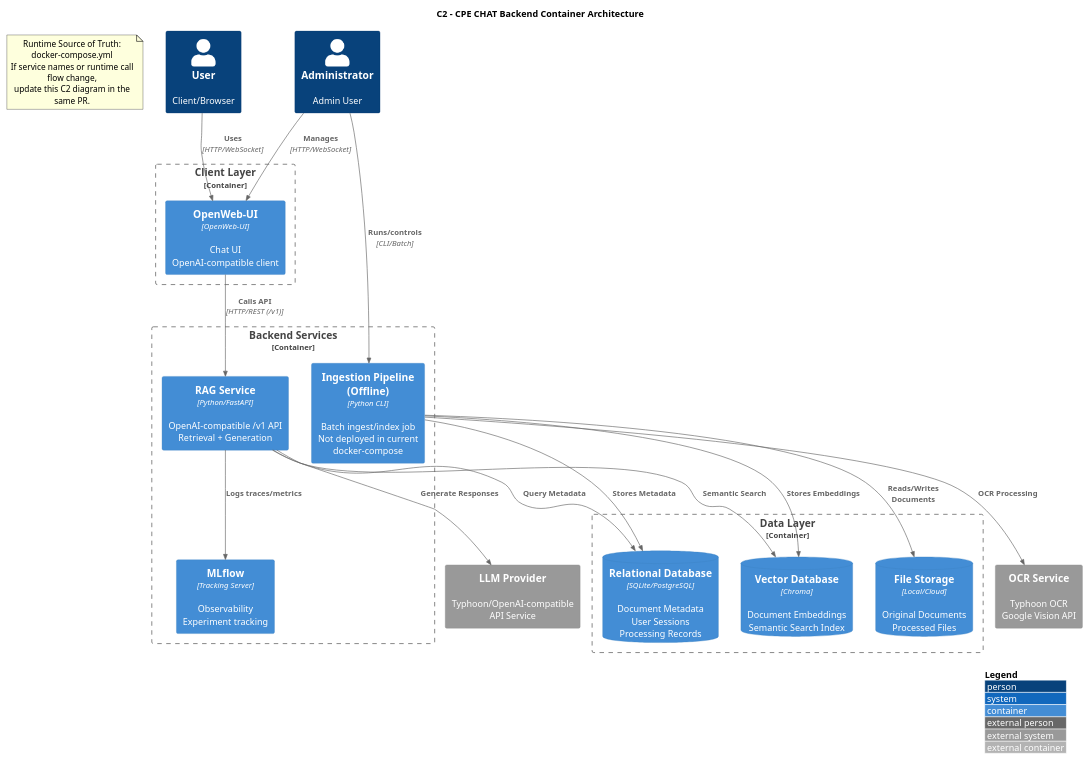
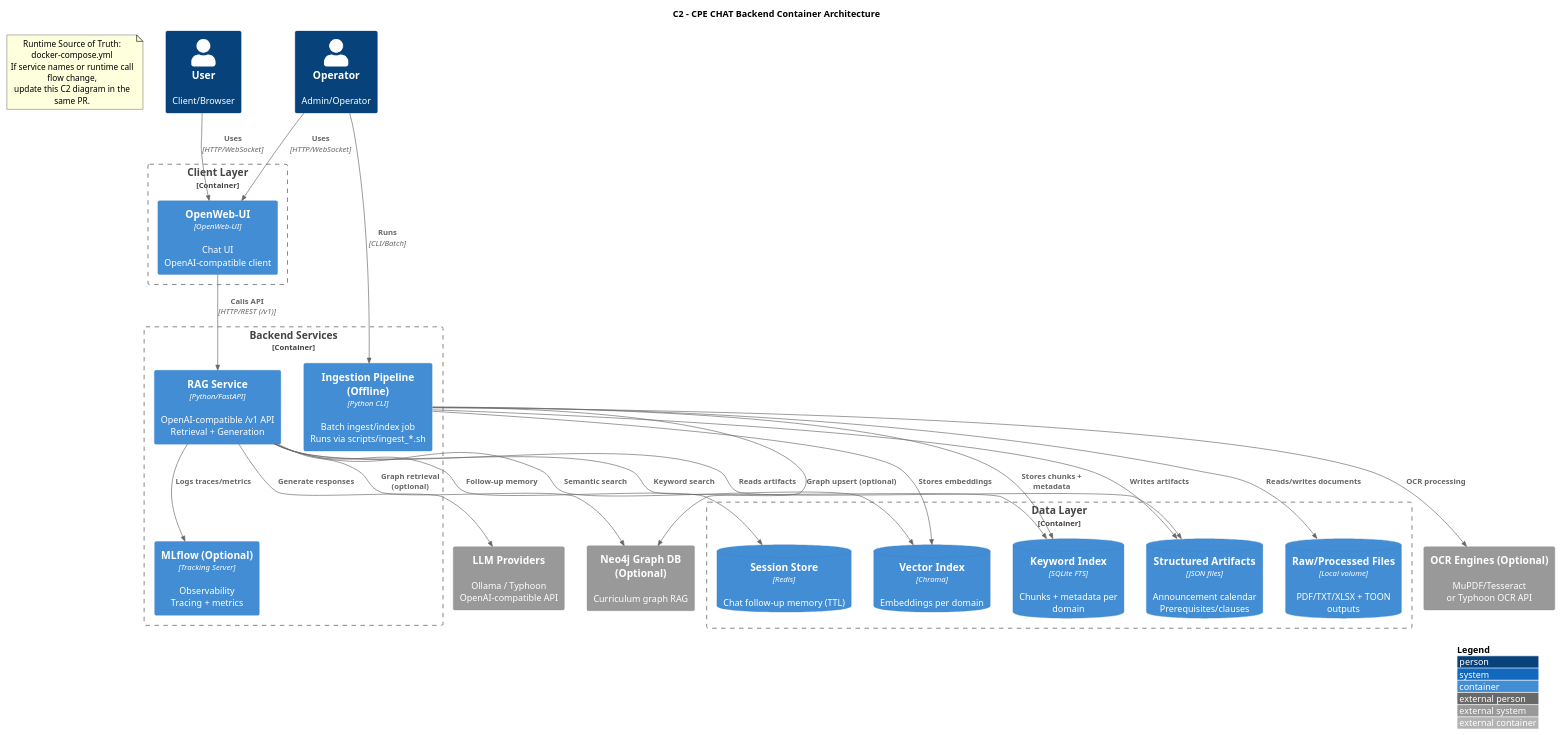
Before and after one commit to KKOIDF/CPE-CHAT-0.0.2: the diagram in docs/backend_c2_container.puml, drawn with PlantUML. The commit also changed 20 other files, not shown here.

First line of the commit message:
Enhance regulation and curriculum handling in RAG service

```diff
--- a/docs/backend_c2_container.puml
+++ b/docs/backend_c2_container.puml
@@ -1,55 +1,60 @@
 @startuml Backend_C2_Container
 !include https://raw.githubusercontent.com/plantuml-stdlib/C4-PlantUML/master/C4_Container.puml
 
 LAYOUT_WITH_LEGEND()
 
 title C2 - CPE CHAT Backend Container Architecture
 
 note as c2_sot
 Runtime Source of Truth: docker-compose.yml
 If service names or runtime call flow change,
 update this C2 diagram in the same PR.
 end note
 
 Person(user, "User", "Client/Browser")
-Person(admin, "Administrator", "Admin User")
+Person(admin, "Operator", "Admin/Operator")
 
 Container_Boundary(client_boundary, "Client Layer") {
     Container(web_app, "OpenWeb-UI", "OpenWeb-UI", "Chat UI\nOpenAI-compatible client")
 }
 
 Container_Boundary(backend_boundary, "Backend Services") {
     Container(rag_api, "RAG Service", "Python/FastAPI", "OpenAI-compatible /v1 API\nRetrieval + Generation")
-    Container(ingestion_job, "Ingestion Pipeline (Offline)", "Python CLI", "Batch ingest/index job\nNot deployed in current docker-compose")
-    Container(mlflow, "MLflow", "Tracking Server", "Observability\nExperiment tracking")
+    Container(ingestion_job, "Ingestion Pipeline (Offline)", "Python CLI", "Batch ingest/index job\nRuns via scripts/ingest_*.sh")
+    Container(mlflow, "MLflow (Optional)", "Tracking Server", "Observability\nTracing + metrics")
 }
 
 Container_Boundary(data_boundary, "Data Layer") {
-    ContainerDb(vector_db, "Vector Database", "Chroma", "Document Embeddings\nSemantic Search Index")
-    
-    ContainerDb(sql_db, "Relational Database", "SQLite/PostgreSQL", "Document Metadata\nUser Sessions\nProcessing Records")
-    
-    ContainerDb(file_storage, "File Storage", "Local/Cloud", "Original Documents\nProcessed Files")
+    ContainerDb(vector_db, "Vector Index", "Chroma", "Embeddings per domain")
+    ContainerDb(sqlite_db, "Keyword Index", "SQLite FTS", "Chunks + metadata per domain")
+    ContainerDb(structured_store, "Structured Artifacts", "JSON files", "Announcement calendar\nPrerequisites/clauses")
+    ContainerDb(file_storage, "Raw/Processed Files", "Local volume", "PDF/TXT/XLSX + TOON outputs")
+    ContainerDb(session_store, "Session Store", "Redis", "Chat follow-up memory (TTL)")
 }
 
-System_Ext(external_llm, "LLM Provider", "Typhoon/OpenAI-compatible\nAPI Service")
-
-System_Ext(external_ocr, "OCR Service", "Typhoon OCR\nGoogle Vision API")
+System_Ext(external_llm, "LLM Providers", "Ollama / Typhoon\nOpenAI-compatible API")
+System_Ext(external_ocr, "OCR Engines (Optional)", "MuPDF/Tesseract\nor Typhoon OCR API")
+System_Ext(neo4j, "Neo4j Graph DB (Optional)", "Curriculum graph RAG")
 
 Rel(user, web_app, "Uses", "HTTP/WebSocket")
-Rel(admin, web_app, "Manages", "HTTP/WebSocket")
+Rel(admin, web_app, "Uses", "HTTP/WebSocket")
+Rel(admin, ingestion_job, "Runs", "CLI/Batch")
 
 Rel(web_app, rag_api, "Calls API", "HTTP/REST (/v1)")
 
-Rel(ingestion_job, vector_db, "Stores Embeddings")
-Rel(ingestion_job, sql_db, "Stores Metadata")
-Rel(ingestion_job, file_storage, "Reads/Writes Documents")
-Rel(ingestion_job, external_ocr, "OCR Processing")
-Rel(admin, ingestion_job, "Runs/controls", "CLI/Batch")
+Rel(ingestion_job, vector_db, "Stores embeddings")
+Rel(ingestion_job, sqlite_db, "Stores chunks + metadata")
+Rel(ingestion_job, structured_store, "Writes artifacts")
+Rel(ingestion_job, file_storage, "Reads/writes documents")
+Rel(ingestion_job, external_ocr, "OCR processing")
+Rel(ingestion_job, neo4j, "Graph upsert (optional)")
 
-Rel(rag_api, vector_db, "Semantic Search")
-Rel(rag_api, sql_db, "Query Metadata")
-Rel(rag_api, external_llm, "Generate Responses")
+Rel(rag_api, vector_db, "Semantic search")
+Rel(rag_api, sqlite_db, "Keyword search")
+Rel(rag_api, structured_store, "Reads artifacts")
+Rel(rag_api, session_store, "Follow-up memory")
+Rel(rag_api, external_llm, "Generate responses")
+Rel(rag_api, neo4j, "Graph retrieval (optional)")
 Rel(rag_api, mlflow, "Logs traces/metrics")
 
 @enduml
```
